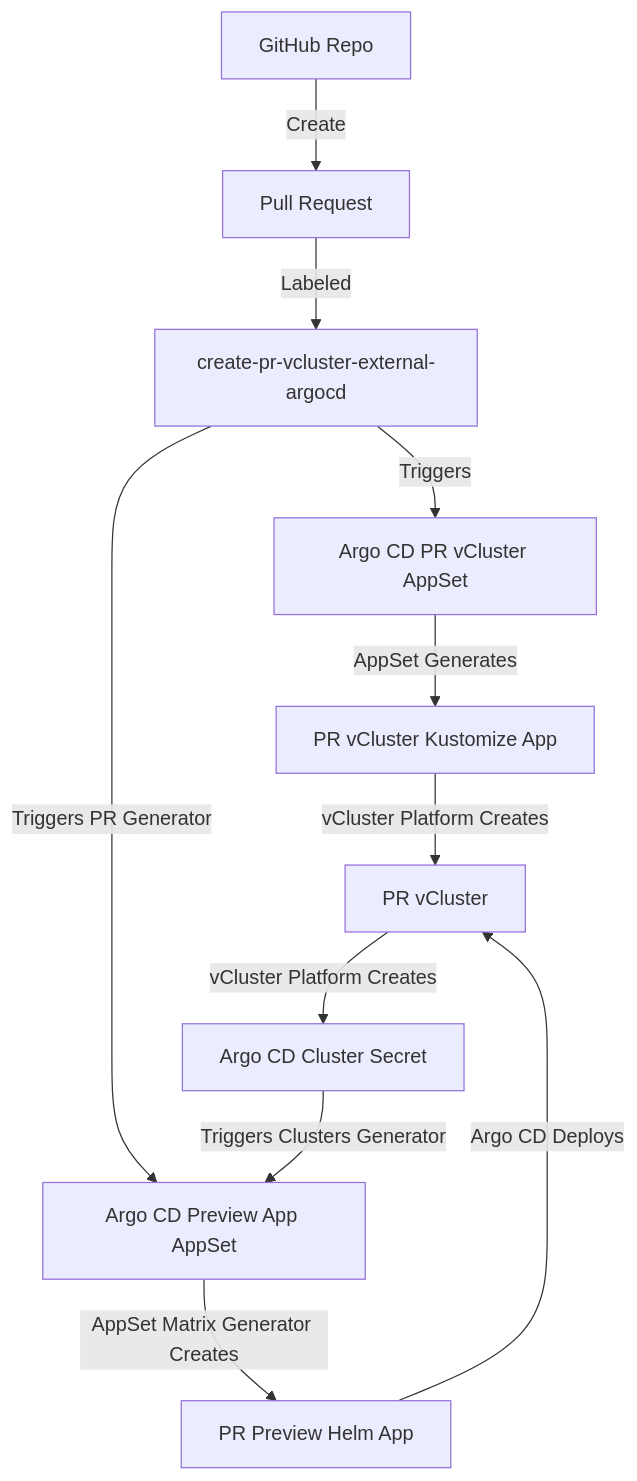
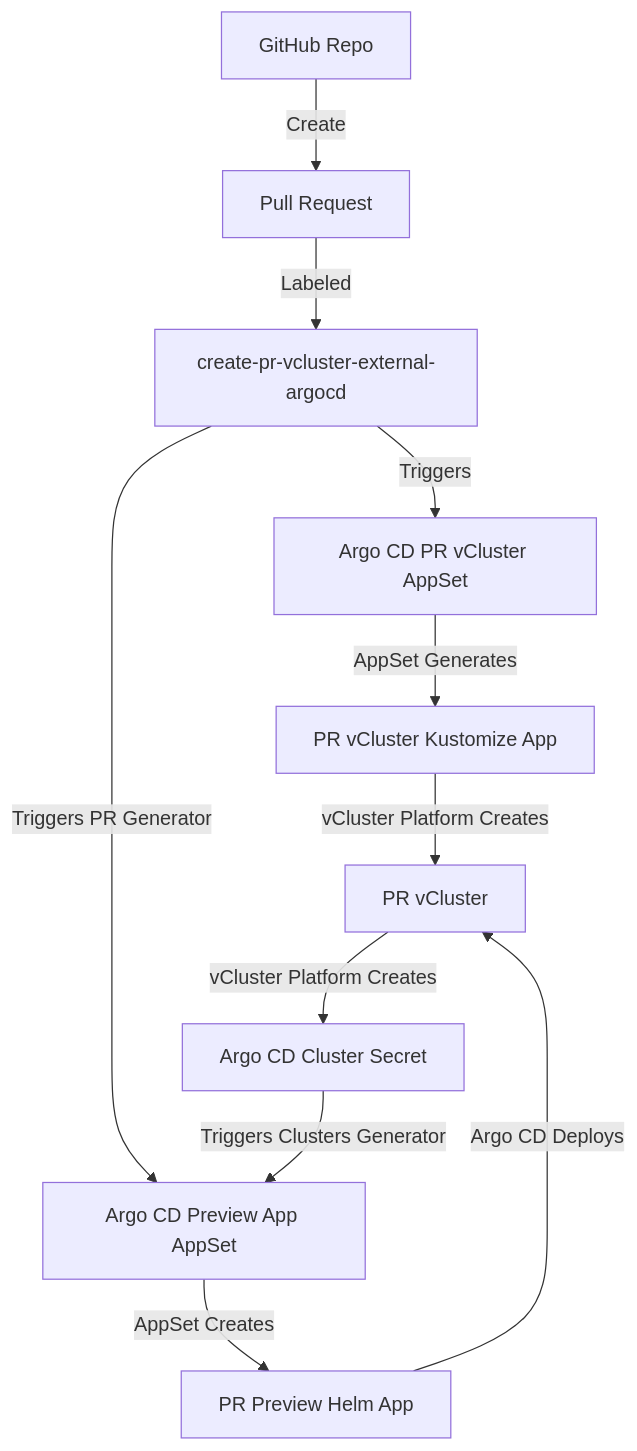
Before and after one commit to loft-demos/vcluster-platform-demo-app-template: the diagram in vcluster-gitops/argocd/pr-environments/pr-vCluster-external-argo-flow.md, drawn with Mermaid.

````diff
--- a/vcluster-gitops/argocd/pr-environments/pr-vCluster-external-argo-flow.md
+++ b/vcluster-gitops/argocd/pr-environments/pr-vCluster-external-argo-flow.md
@@ -3,16 +3,16 @@
 ```mermaid
 ---
 config:
   look: classic
 ---
 flowchart TD
     A["GitHub Repo"] -->| Create | B["Pull Request"] -->| Labeled | LPR[create-pr-vcluster-external-argocd] 
     LPR -->| Triggers | C["Argo CD PR vCluster AppSet"]
     C -->| AppSet Generates | VA["PR vCluster Kustomize App"]
     VA --> | vCluster Platform Creates |V["PR vCluster"]
     V --> | vCluster Platform Creates |CS["Argo CD Cluster Secret"]
     LPR --> | Triggers PR Generator |AS["Argo CD Preview App AppSet"]
     CS --> | Triggers Clusters Generator |AS["Argo CD Preview App AppSet"]
-    AS -->| AppSet Matrix Generator Creates | APP["PR Preview Helm App"]
+    AS -->| AppSet Creates | APP["PR Preview Helm App"]
     APP --> | Argo CD Deploys | V
 ```
````
